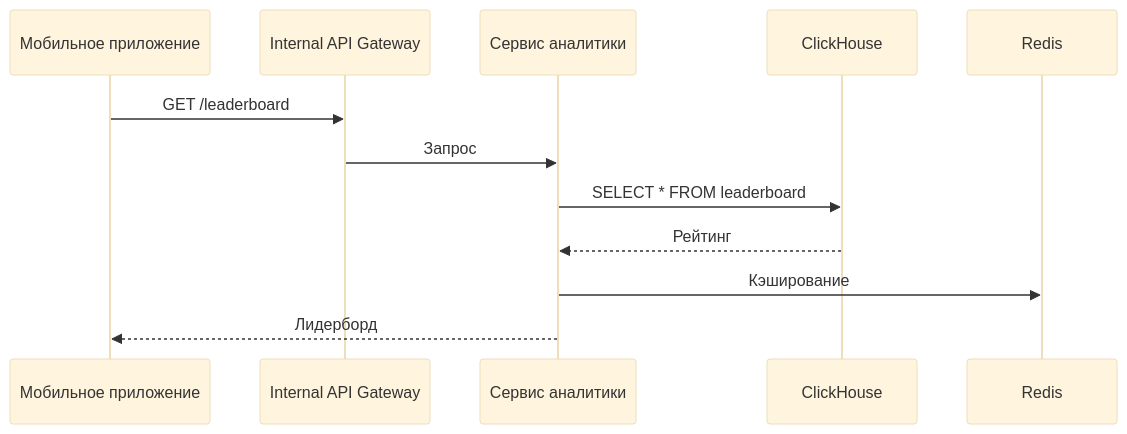
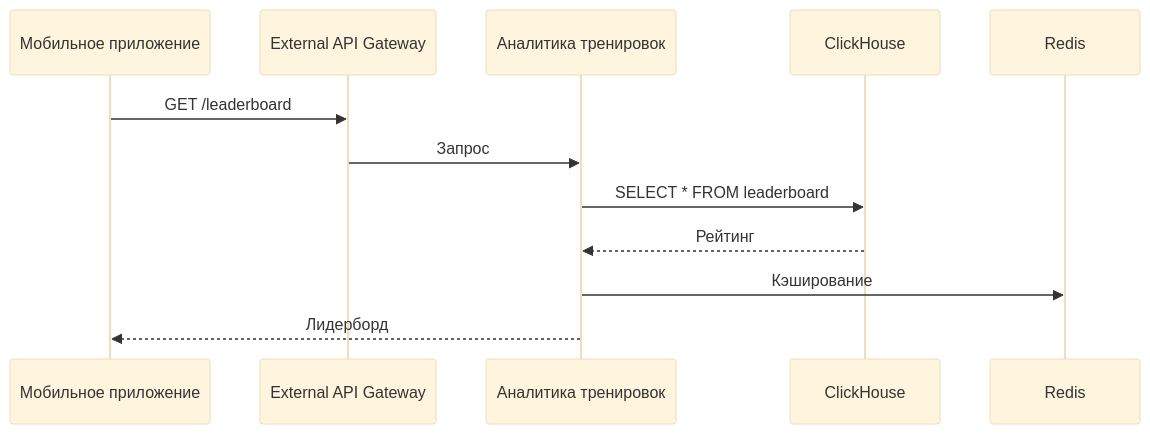
One commit to andreyantropov/architect-coursework changed the diagram in architecture/application-usage-scenarios/leaderboard-viewing.md. Above: the diagram before and after it, drawn with Mermaid (base theme). The commit also changed other lines of this file and 9 other files, not shown here.

Commit message:
fix: Internal API Gateway заменен на External API Gateway во всех схемах (ChatGPT зачем-то переименовал при переносе из Google Disk в Gitlab).

````diff
--- a/architecture/application-usage-scenarios/leaderboard-viewing.md
+++ b/architecture/application-usage-scenarios/leaderboard-viewing.md
@@ -3,15 +3,15 @@
 ```mermaid
 sequenceDiagram
     participant M as Мобильное приложение
-    participant A as Internal API Gateway
-    participant AN as Сервис аналитики
+    participant A as External API Gateway
+    participant TA as Аналитика тренировок
     participant CH as ClickHouse
     participant C as Redis
 
     M->>A: GET /leaderboard
-    A->>AN: Запрос
-    AN->>CH: SELECT * FROM leaderboard
-    CH-->>AN: Рейтинг
-    AN->>C: Кэширование
-    AN-->>M: Лидерборд
+    A->>TA: Запрос
+    TA->>CH: SELECT * FROM leaderboard
+    CH-->>TA: Рейтинг
+    TA->>C: Кэширование
+    TA-->>M: Лидерборд
 ```
````
